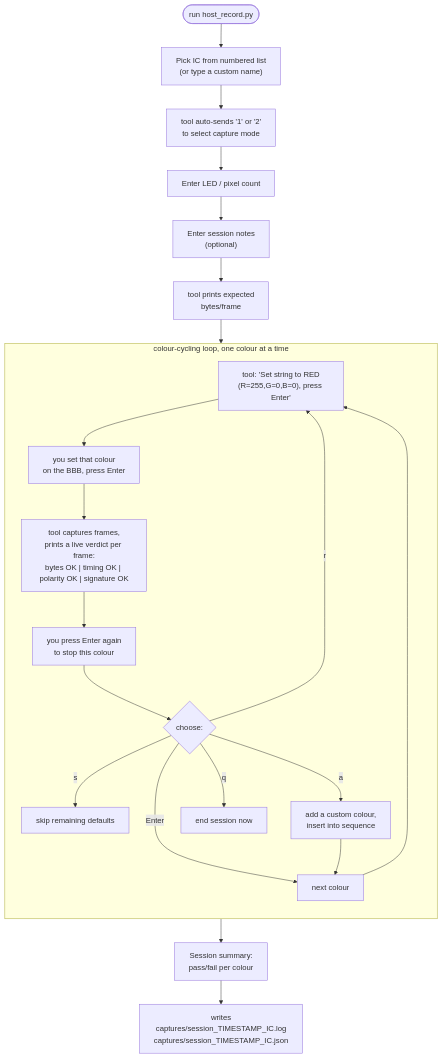
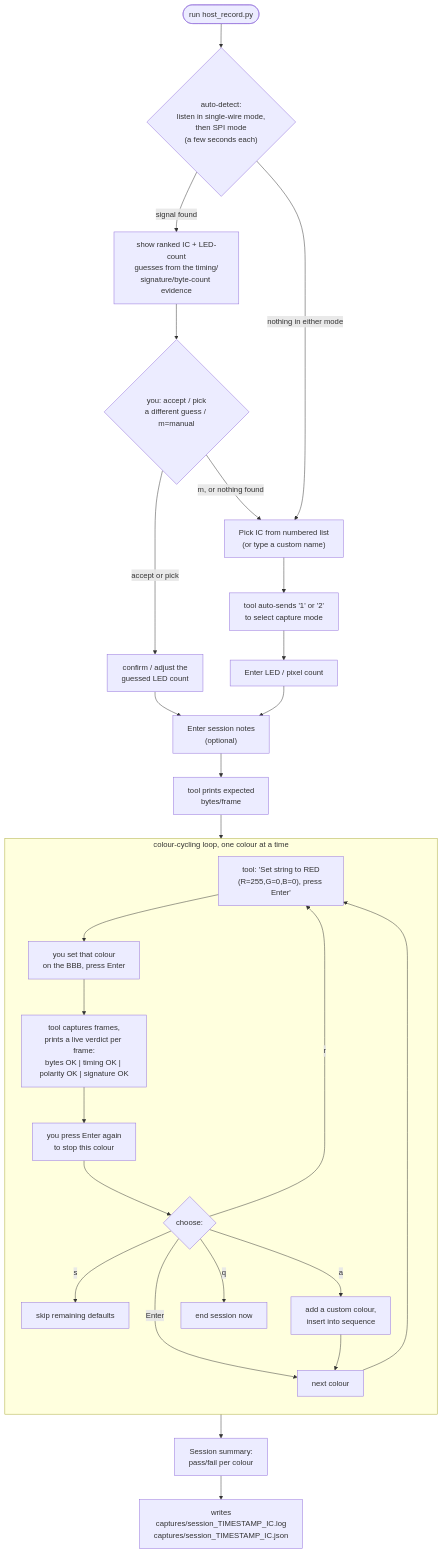
The third of 4 diagrams in README.md (joeskolengaden/esp32-led-analyzer), drawn with Mermaid before and after one commit. The commit also changed other lines of this file and 2 other files, not shown here.

First line of the commit message:
Add auto-detect: guess IC + LED count from the incoming signal

````diff
--- a/README.md
+++ b/README.md
@@ -173,27 +183,33 @@
 ```mermaid
 flowchart TD
-    Start(["run host_record.py"]) --> PickIC["Pick IC from numbered list\n(or type a custom name)"]
+    Start(["run host_record.py"]) --> Detect{"auto-detect:\nlisten in single-wire mode,\nthen SPI mode\n(a few seconds each)"}
+    Detect -->|signal found| Suggest["show ranked IC + LED-count\nguesses from the timing/\nsignature/byte-count evidence"]
+    Suggest --> Confirm{"you: accept / pick\na different guess / m=manual"}
+    Confirm -->|accept or pick| ConfirmLED["confirm / adjust the\nguessed LED count"]
+    ConfirmLED --> Notes
+    Confirm -->|m, or nothing found| PickIC["Pick IC from numbered list\n(or type a custom name)"]
+    Detect -->|nothing in either mode| PickIC
     PickIC --> AutoMode["tool auto-sends '1' or '2'\nto select capture mode"]
-    AutoMode --> LEDCount["Enter LED / pixel count"]
-    LEDCount --> Notes["Enter session notes\n(optional)"]
+    AutoMode --> EnterLED["Enter LED / pixel count"]
+    EnterLED --> Notes["Enter session notes\n(optional)"]
     Notes --> ExpBytes["tool prints expected\nbytes/frame"]
     ExpBytes --> Loop
 
     subgraph Loop["colour-cycling loop, one colour at a time"]
         direction TD
         Prompt["tool: 'Set string to RED\n(R=255,G=0,B=0), press Enter'"] --> UserSets["you set that colour\non the BBB, press Enter"]
         UserSets --> Capture["tool captures frames,\nprints a live verdict per frame:\nbytes OK | timing OK | polarity OK | signature OK"]
         Capture --> UserEnter["you press Enter again\nto stop this colour"]
         UserEnter --> Choice{"choose:"}
         Choice -->|Enter| Next["next colour"]
         Choice -->|r| Prompt
         Choice -->|s| SkipAll["skip remaining defaults"]
         Choice -->|a| AddCustom["add a custom colour,\ninsert into sequence"]
         Choice -->|q| QuitEarly["end session now"]
         AddCustom --> Next
         Next --> Prompt
     end
 
     Loop --> Summary["Session summary:\npass/fail per colour"]
     Summary --> SaveFiles["writes\ncaptures/session_TIMESTAMP_IC.log\ncaptures/session_TIMESTAMP_IC.json"]
 ```
````
